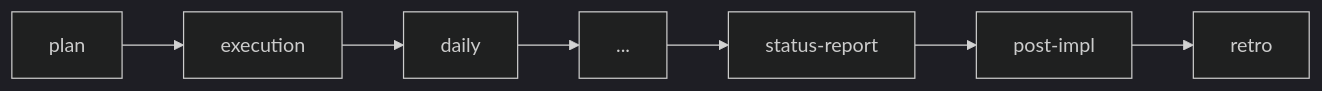
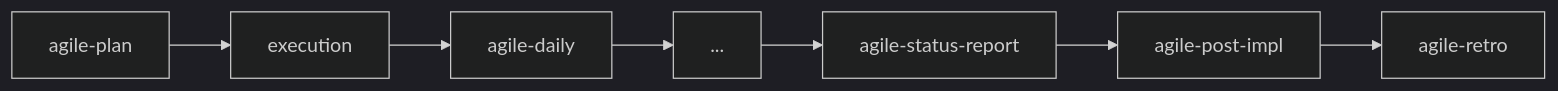
One commit to djalmajr/essential-skills changed the diagram in docs/agile/agile-delivery.md. Above: the diagram before and after it, drawn with Mermaid (dark theme). The commit also changed other lines of this file and 46 other files, not shown here.

````diff
--- a/docs/agile/agile-delivery.md
+++ b/docs/agile/agile-delivery.md
@@ -45,9 +51,9 @@
 ```mermaid
 flowchart LR
-    A[plan] --> B[execution]
-    B --> C[daily]
+    A[agile-plan] --> B[execution]
+    B --> C[agile-daily]
     C --> D[...]
-    D --> E[status-report]
-    E --> F[post-impl]
-    F --> G[retro]
+    D --> E[agile-status-report]
+    E --> F[agile-post-impl]
+    F --> G[agile-retro]
 ```
````
